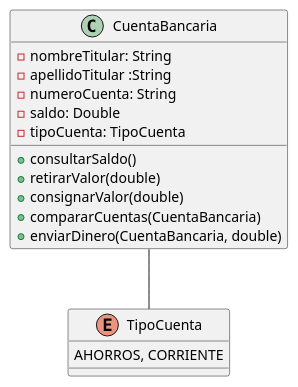
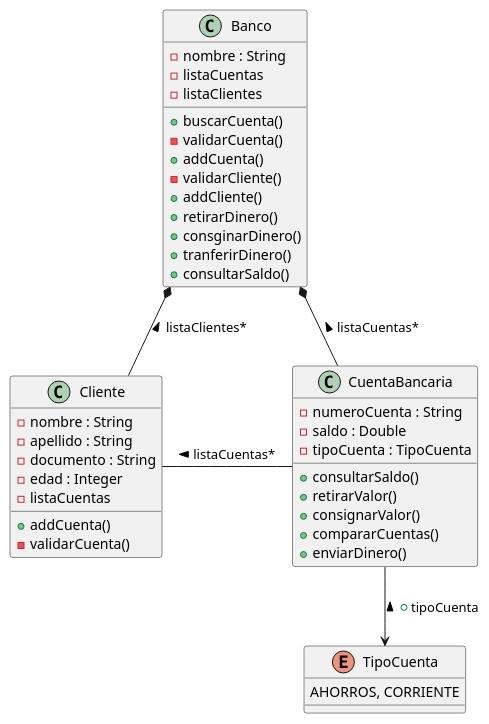
One commit to ElJuanchito/taller01 changed the diagram in Taller01/src/co/edu/uniquindio/model/cuentaBanco/DiagramaBanco.puml. Above: the diagram before and after it, drawn with PlantUML. The commit also changed 23 other files, not shown here.

```diff
--- a/Taller01/src/co/edu/uniquindio/model/cuentaBanco/DiagramaBanco.puml
+++ b/Taller01/src/co/edu/uniquindio/model/cuentaBanco/DiagramaBanco.puml
@@ -1,26 +1,51 @@
 @startuml
 'https://plantuml.com/class-diagram
 
 class CuentaBancaria{
-    - nombreTitular: String
-    - apellidoTitular :String
-    - numeroCuenta: String
-    - saldo: Double
-    - tipoCuenta: TipoCuenta
+    - numeroCuenta : String
+    - saldo : Double
+    - tipoCuenta : TipoCuenta
     + consultarSaldo()
-    + retirarValor(double)
-    + consignarValor(double)
-    + compararCuentas(CuentaBancaria)
-    + enviarDinero(CuentaBancaria, double)
+    + retirarValor()
+    + consignarValor()
+    + compararCuentas()
+    + enviarDinero()
+}
+class Banco{
+    - nombre : String
+    - listaCuentas
+    - listaClientes
+    + buscarCuenta()
+    - validarCuenta()
+    + addCuenta()
+    - validarCliente()
+    + addCliente()
+    + retirarDinero()
+    + consginarDinero()
+    + tranferirDinero()
+    + consultarSaldo()
+}
+class Cliente{
+    - nombre : String
+    - apellido : String
+    - documento : String
+    - edad : Integer
+    - listaCuentas
+    + addCuenta()
+    - validarCuenta()
 }
 enum TipoCuenta {
 AHORROS, CORRIENTE
 }
+Banco *-- Cliente : < listaClientes*
+Banco *-- CuentaBancaria : < listaCuentas*
 
-CuentaBancaria -- TipoCuenta
+Cliente - CuentaBancaria : listaCuentas* <
+
+CuentaBancaria --> TipoCuenta : + tipoCuenta <
 
 
 
 
 
 @enduml
```
